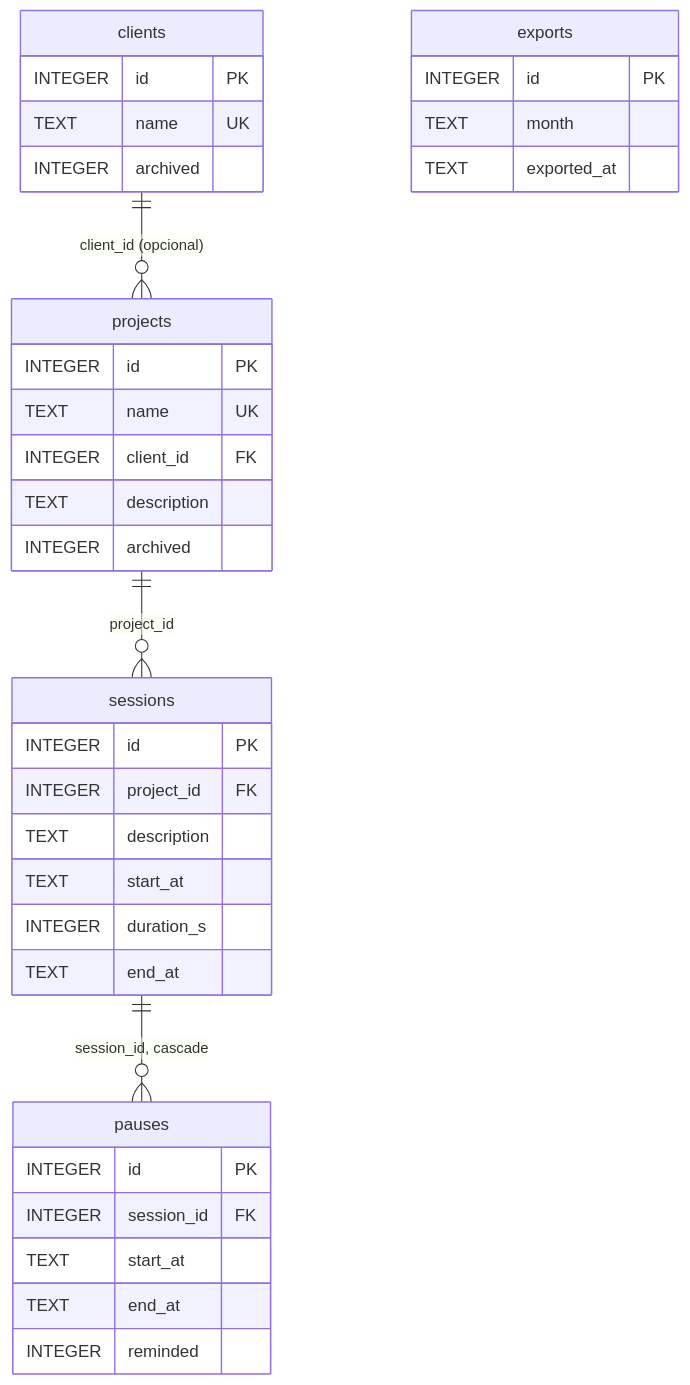
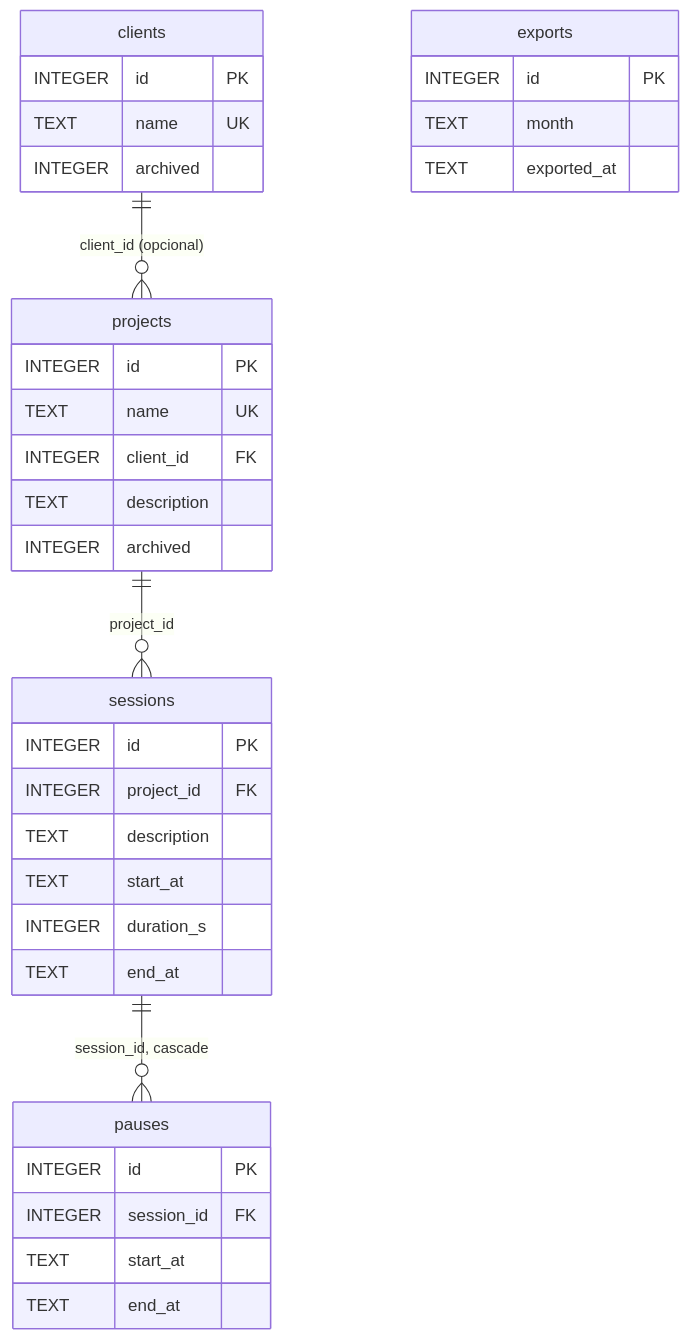
Before and after one commit to Gastonm123/tempo: the diagram in docs/api/persistencia.md, drawn with Mermaid. The commit also changed other lines of this file and 11 other files, not shown here.

````diff
--- a/docs/api/persistencia.md
+++ b/docs/api/persistencia.md
@@ -7,38 +7,37 @@
 ```mermaid
 erDiagram
     clients ||--o{ projects : "client_id (opcional)"
     projects ||--o{ sessions : "project_id"
     sessions ||--o{ pauses : "session_id, cascade"
     clients {
         INTEGER id PK
         TEXT name UK
         INTEGER archived
     }
     projects {
         INTEGER id PK
         TEXT name UK
         INTEGER client_id FK
         TEXT description
         INTEGER archived
     }
     sessions {
         INTEGER id PK
         INTEGER project_id FK
         TEXT description
         TEXT start_at
         INTEGER duration_s
         TEXT end_at
     }
     pauses {
         INTEGER id PK
         INTEGER session_id FK
         TEXT start_at
         TEXT end_at
-        INTEGER reminded
     }
     exports {
         INTEGER id PK
         TEXT month
         TEXT exported_at
     }
 ```
````
